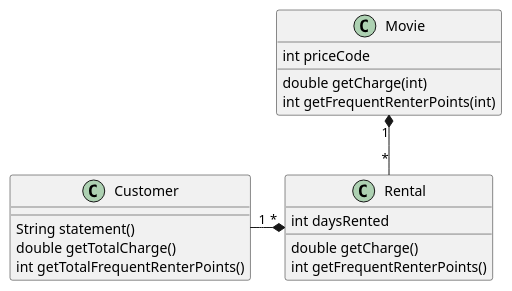
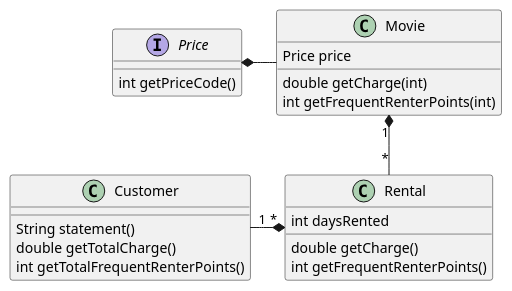
The diagram in src/main/resources/MovieRentalCustomer.puml (rony76/martin-fowler-example), drawn with PlantUML before and after one commit. The commit also changed 6 other files, not shown here.

```diff
--- a/src/main/resources/MovieRentalCustomer.puml
+++ b/src/main/resources/MovieRentalCustomer.puml
@@ -1,24 +1,29 @@
 @startuml
 
 Movie "1" *-- "*" Rental
 Customer "1" -* "*" Rental
+Price *- Movie
+
+interface Price {
+    int getPriceCode()
+}
 
 class Movie {
-    int priceCode
+    Price price
     double getCharge(int)
     int getFrequentRenterPoints(int)
 }
 
 class Rental {
     int daysRented
     double getCharge()
     int getFrequentRenterPoints()
 }
 
 class Customer {
     String statement()
     double getTotalCharge()
     int getTotalFrequentRenterPoints()
 }
 
 @enduml
```
